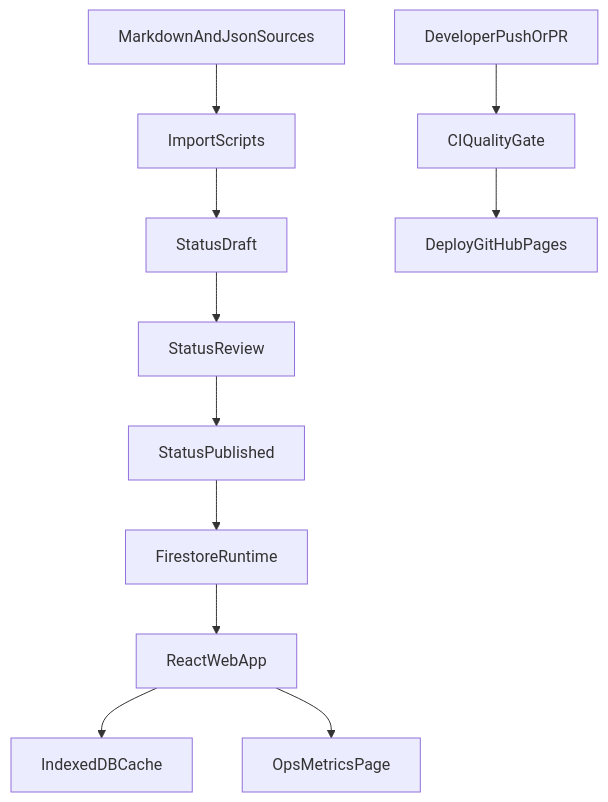
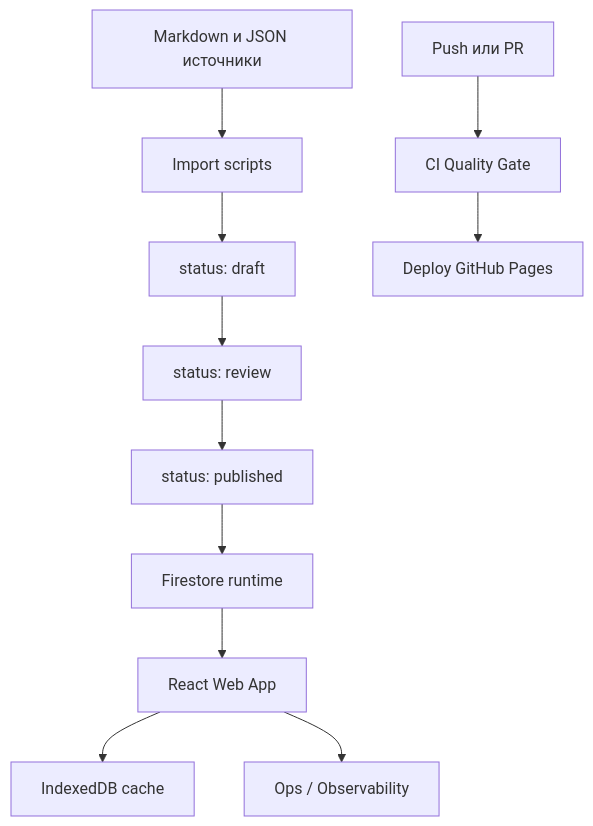
The diagram in README.md (Kaliguri/E-Magios-Core-Site), drawn with Mermaid before and after one commit. The commit also changed other lines of this file and 1 other file, not shown here.

````diff
--- a/README.md
+++ b/README.md
@@ -17,13 +32,13 @@
 ```mermaid
 flowchart TD
-  ContentSource[MarkdownAndJsonSources] --> ImportScripts[ImportScripts]
-  ImportScripts --> DraftDocs[StatusDraft]
-  DraftDocs --> ReviewDocs[StatusReview]
-  ReviewDocs --> PublishedDocs[StatusPublished]
-  PublishedDocs --> FirestoreRuntime[FirestoreRuntime]
-  FirestoreRuntime --> WebApp[ReactWebApp]
-  WebApp --> IndexedDBCache[IndexedDBCache]
-  WebApp --> OpsMetrics[OpsMetricsPage]
-  DevPush[DeveloperPushOrPR] --> CIQualityGate[CIQualityGate]
-  CIQualityGate --> DeployPages[DeployGitHubPages]
+  ContentSource[Markdown и JSON источники] --> ImportScripts[Import scripts]
+  ImportScripts --> DraftDocs[status: draft]
+  DraftDocs --> ReviewDocs[status: review]
+  ReviewDocs --> PublishedDocs[status: published]
+  PublishedDocs --> FirestoreRuntime[Firestore runtime]
+  FirestoreRuntime --> WebApp[React Web App]
+  WebApp --> IndexedDBCache[IndexedDB cache]
+  WebApp --> OpsMetrics[Ops / Observability]
+  DevPush[Push или PR] --> CIQualityGate[CI Quality Gate]
+  CIQualityGate --> DeployPages[Deploy GitHub Pages]
 ```
````
